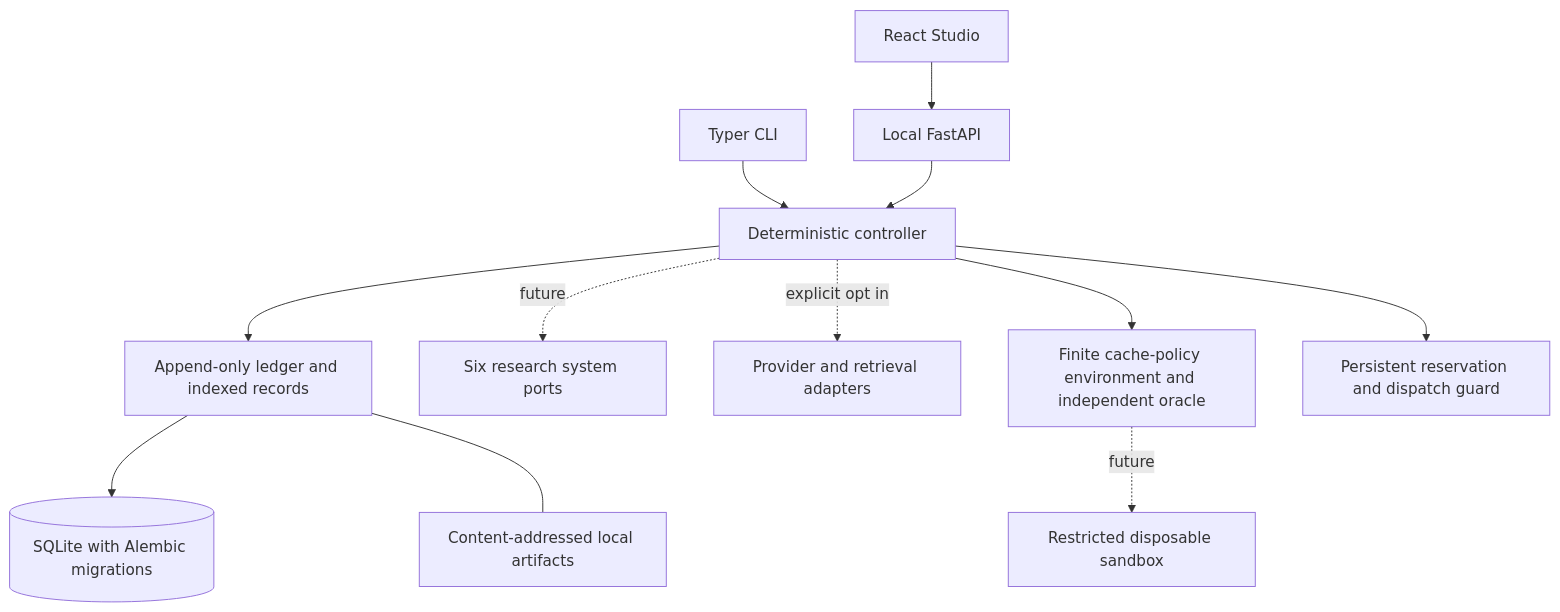
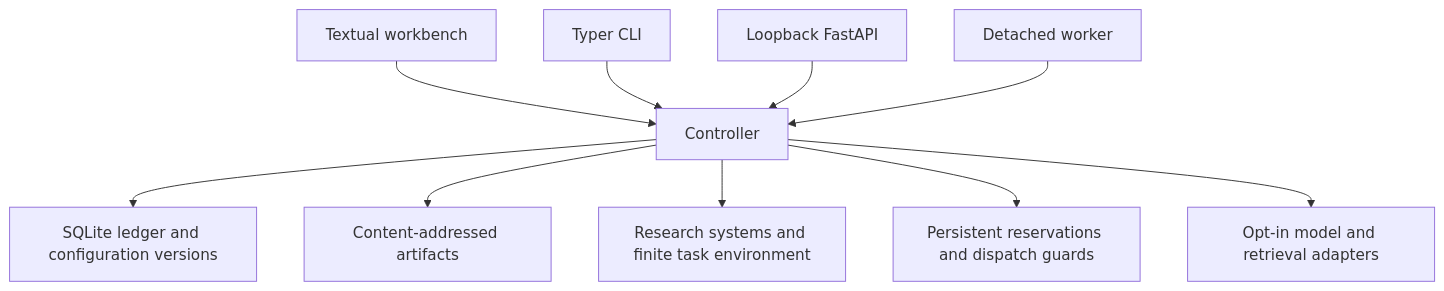
Before and after one commit to clarezahermetica/doxa: the diagram in docs/architecture.md, drawn with Mermaid. The commit also changed other lines of this file and 61 other files, not shown here.

````diff
--- a/docs/architecture.md
+++ b/docs/architecture.md
@@ -55,14 +8,12 @@
 ```mermaid
 flowchart TD
-  CLI[Typer CLI] --> C[Deterministic controller]
-  UI[React Studio] --> API[Local FastAPI]
-  API --> C
-  C --> L[Append-only ledger and indexed records]
-  C -. future .-> S[Six research system ports]
-  C -. explicit opt in .-> P[Provider and retrieval adapters]
-  C --> E[Finite cache-policy environment and independent oracle]
-  C --> B[Persistent reservation and dispatch guard]
-  L --> DB[(SQLite with Alembic migrations)]
-  E -. future .-> SB[Restricted disposable sandbox]
-  L --- A[Content-addressed local artifacts]
+  T[Textual workbench] --> C[Controller]
+  CLI[Typer CLI] --> C
+  API[Loopback FastAPI] --> C
+  W[Detached worker] --> C
+  C --> L[SQLite ledger and configuration versions]
+  C --> A[Content-addressed artifacts]
+  C --> S[Research systems and finite task environment]
+  C --> B[Persistent reservations and dispatch guards]
+  C --> P[Opt-in model and retrieval adapters]
 ```
````
